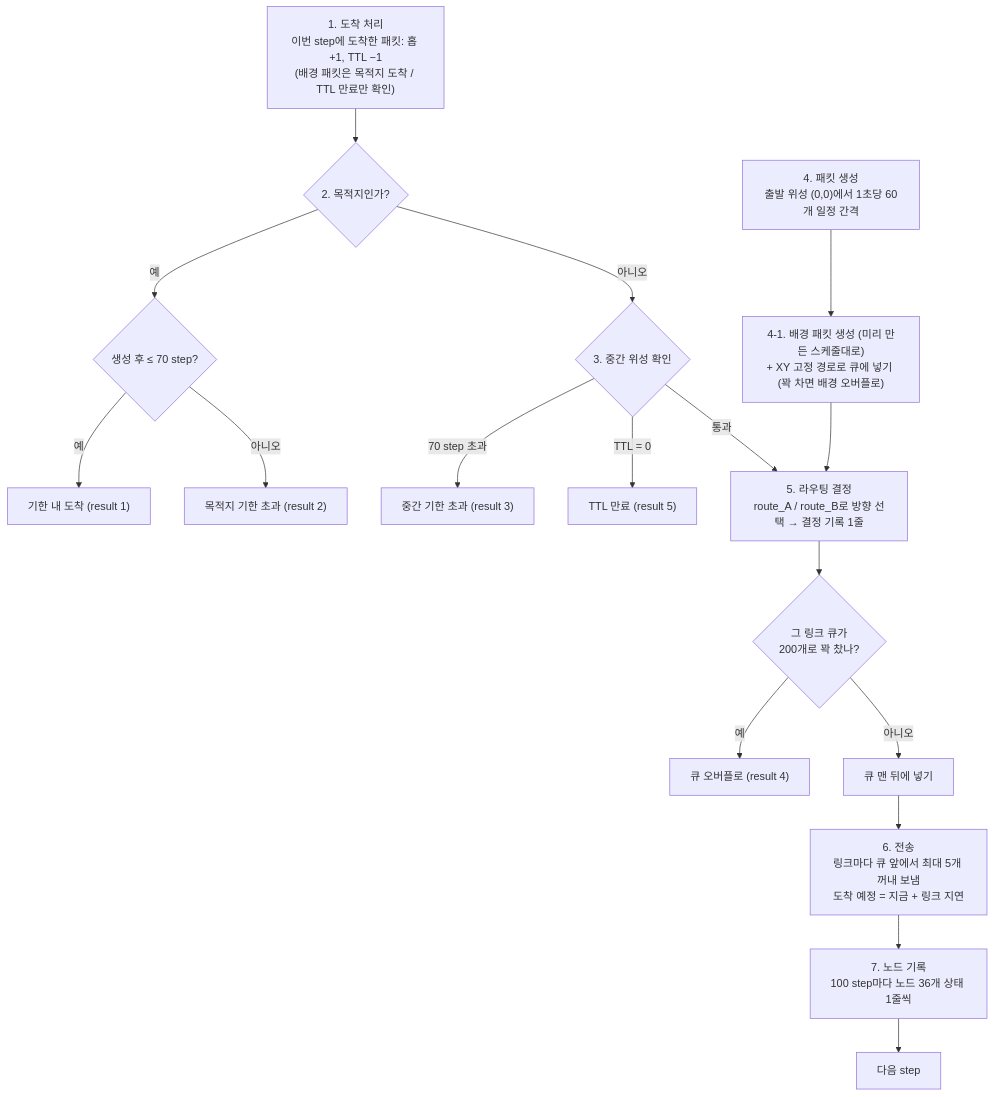
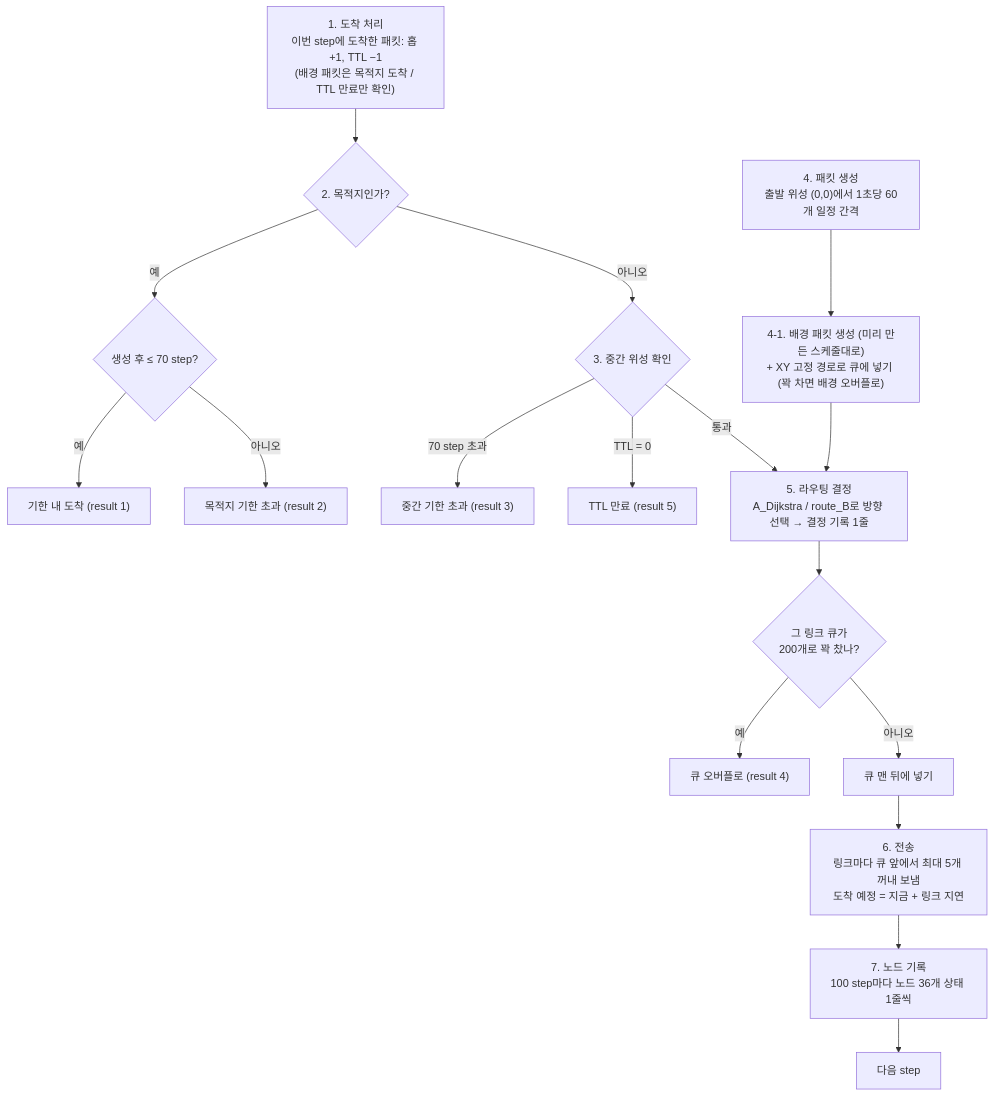
The second of 3 diagrams in flow.md (26-2-capstone2/26-2capstone2), drawn with Mermaid before and after one commit. The commit also changed other lines of this file and 43 other files, not shown here.

````diff
--- a/flow.md
+++ b/flow.md
@@ -95,19 +95,19 @@
 ```mermaid
 flowchart TD
     S1["1. 도착 처리<br/>이번 step에 도착한 패킷: 홉 +1, TTL −1<br/>(배경 패킷은 목적지 도착 / TTL 만료만 확인)"] --> S2
     S2{"2. 목적지인가?"} -- "예" --> S2a{"생성 후 ≤ 70 step?"}
     S2a -- "예" --> OK["기한 내 도착 (result 1)"]
     S2a -- "아니오" --> L2["목적지 기한 초과 (result 2)"]
     S2 -- "아니오" --> S3{"3. 중간 위성 확인"}
     S3 -- "70 step 초과" --> L3["중간 기한 초과 (result 3)"]
     S3 -- "TTL = 0" --> L5["TTL 만료 (result 5)"]
     S3 -- "통과" --> S5
     S4["4. 패킷 생성<br/>출발 위성 (0,0)에서 1초당 60개 일정 간격"] --> S41
     S41["4-1. 배경 패킷 생성 (미리 만든 스케줄대로)<br/>+ XY 고정 경로로 큐에 넣기 (꽉 차면 배경 오버플로)"] --> S5
-    S5["5. 라우팅 결정<br/>route_A / route_B로 방향 선택 → 결정 기록 1줄"] --> Q{"그 링크 큐가<br/>200개로 꽉 찼나?"}
+    S5["5. 라우팅 결정<br/>A_Dijkstra / route_B로 방향 선택 → 결정 기록 1줄"] --> Q{"그 링크 큐가<br/>200개로 꽉 찼나?"}
     Q -- "예" --> L4["큐 오버플로 (result 4)"]
     Q -- "아니오" --> S6["큐 맨 뒤에 넣기"]
     S6 --> S7["6. 전송<br/>링크마다 큐 앞에서 최대 5개 꺼내 보냄<br/>도착 예정 = 지금 + 링크 지연"]
     S7 --> S8["7. 노드 기록<br/>100 step마다 노드 36개 상태 1줄씩"]
     S8 --> NEXT["다음 step"]
 ```
````
